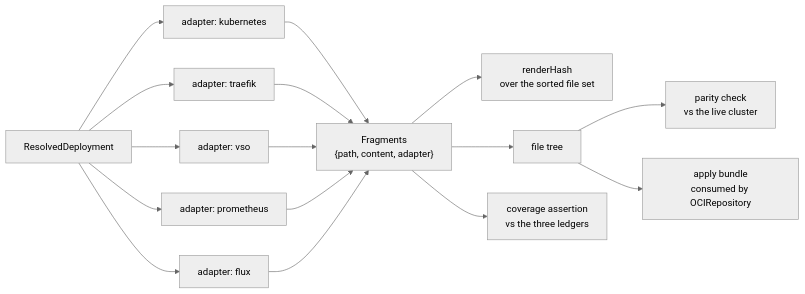
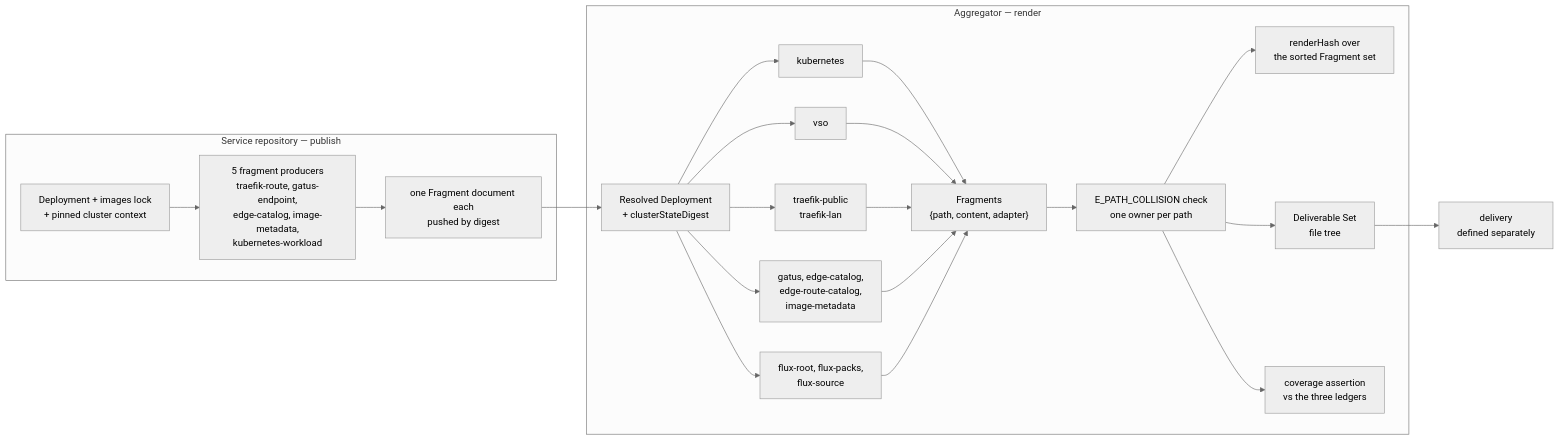
One commit to JorisJonkers-dev/deploy-config-schema changed the diagram in spec/v1/30-deliverables.md. Above: the diagram before and after it, drawn with Mermaid (neutral theme). The commit also changed other lines of this file and 110 other files, not shown here.

````diff
--- a/spec/v1/30-deliverables.md
+++ b/spec/v1/30-deliverables.md
@@ -184,19 +298,27 @@
 ```mermaid
 flowchart LR
-    RD["ResolvedDeployment"]
-    RD --> A1["adapter: kubernetes"]
-    RD --> A2["adapter: traefik"]
-    RD --> A3["adapter: vso"]
-    RD --> A4["adapter: prometheus"]
-    RD --> A5["adapter: flux"]
-    A1 --> F["Fragments<br/>{path, content, adapter}"]
-    A2 --> F
-    A3 --> F
-    A4 --> F
-    A5 --> F
-    F --> H["renderHash<br/>over the sorted file set"]
-    F --> T["file tree"]
-    T --> P["parity check<br/>vs the live cluster"]
-    T --> B["apply bundle<br/>consumed by OCIRepository"]
-    F --> L["coverage assertion<br/>vs the three ledgers"]
+    subgraph svc["Service repository — publish"]
+      D["Deployment + images lock<br/>+ pinned cluster context"]
+      D --> FP["5 fragment producers<br/>traefik-route, gatus-endpoint,<br/>edge-catalog, image-metadata,<br/>kubernetes-workload"]
+      FP --> PF["one Fragment document each<br/>pushed by digest"]
+    end
+    subgraph agg["Aggregator — render"]
+      RD["Resolved Deployment<br/>+ clusterStateDigest"]
+      RD --> C1["kubernetes"]
+      RD --> C2["vso"]
+      RD --> C3["traefik-public<br/>traefik-lan"]
+      RD --> C4["gatus, edge-catalog,<br/>edge-route-catalog,<br/>image-metadata"]
+      RD --> C5["flux-root, flux-packs,<br/>flux-source"]
+      C1 --> F["Fragments<br/>{path, content, adapter}"]
+      C2 --> F
+      C3 --> F
+      C4 --> F
+      C5 --> F
+      F --> COL["E_PATH_COLLISION check<br/>one owner per path"]
+      COL --> H["renderHash over<br/>the sorted Fragment set"]
+      COL --> T["Deliverable Set<br/>file tree"]
+      COL --> L["coverage assertion<br/>vs the three ledgers"]
+    end
+    PF --> RD
+    T --> X["delivery<br/>defined separately"]
 ```
````
